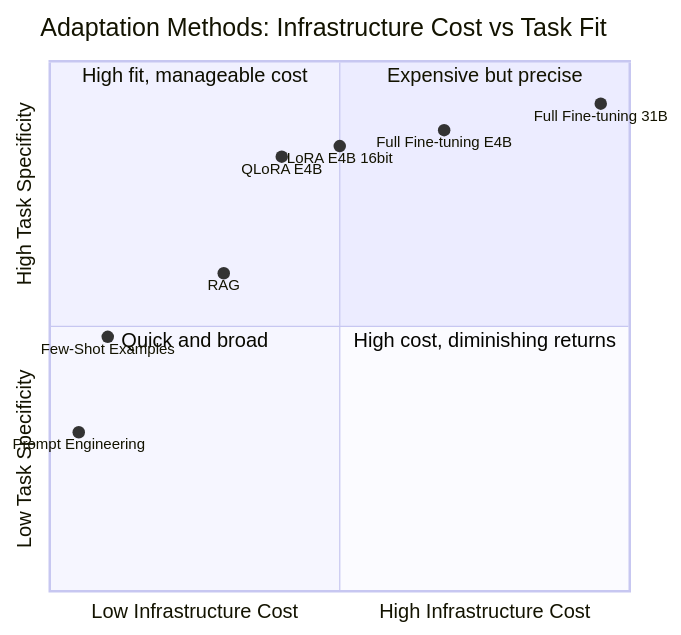
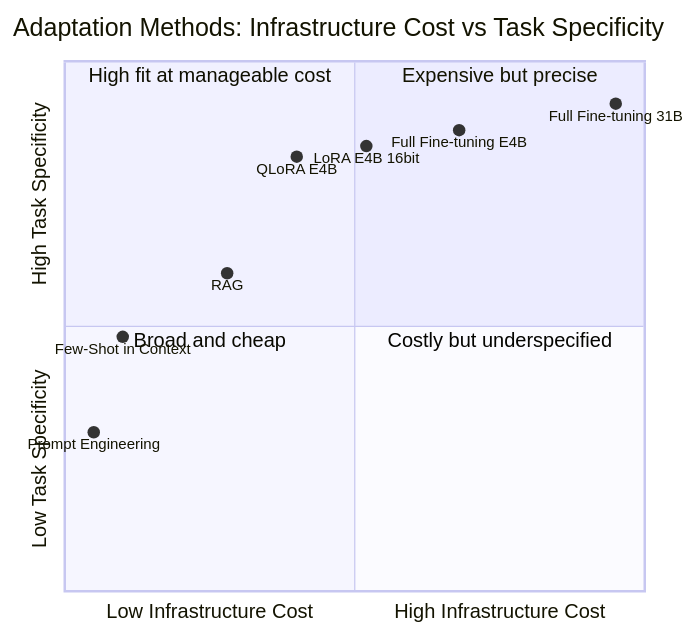
The second of 3 diagrams in front/public/blog/posts/field-notes/fine-tuning-gemma4-lora-qlora.md (JuanLara18/portfolio), drawn with Mermaid before and after one commit. The commit also changed other lines of this file and 1 other file, not shown here.

````diff
--- a/front/public/blog/posts/field-notes/fine-tuning-gemma4-lora-qlora.md
+++ b/front/public/blog/posts/field-notes/fine-tuning-gemma4-lora-qlora.md
@@ -305,17 +474,17 @@
 ```mermaid
 quadrantChart
-    title Adaptation Methods: Infrastructure Cost vs Task Fit
+    title Adaptation Methods: Infrastructure Cost vs Task Specificity
     x-axis Low Infrastructure Cost --> High Infrastructure Cost
     y-axis Low Task Specificity --> High Task Specificity
     quadrant-1 Expensive but precise
-    quadrant-2 High fit, manageable cost
-    quadrant-3 Quick and broad
-    quadrant-4 High cost, diminishing returns
+    quadrant-2 High fit at manageable cost
+    quadrant-3 Broad and cheap
+    quadrant-4 Costly but underspecified
     Prompt Engineering: [0.05, 0.30]
-    Few-Shot Examples: [0.10, 0.48]
-    RAG: [0.30, 0.60]
+    Few-Shot in Context: [0.10, 0.48]
+    RAG: [0.28, 0.60]
     QLoRA E4B: [0.40, 0.82]
-    LoRA E4B 16bit: [0.50, 0.84]
+    LoRA E4B 16bit: [0.52, 0.84]
     Full Fine-tuning E4B: [0.68, 0.87]
     Full Fine-tuning 31B: [0.95, 0.92]
 ```
````
